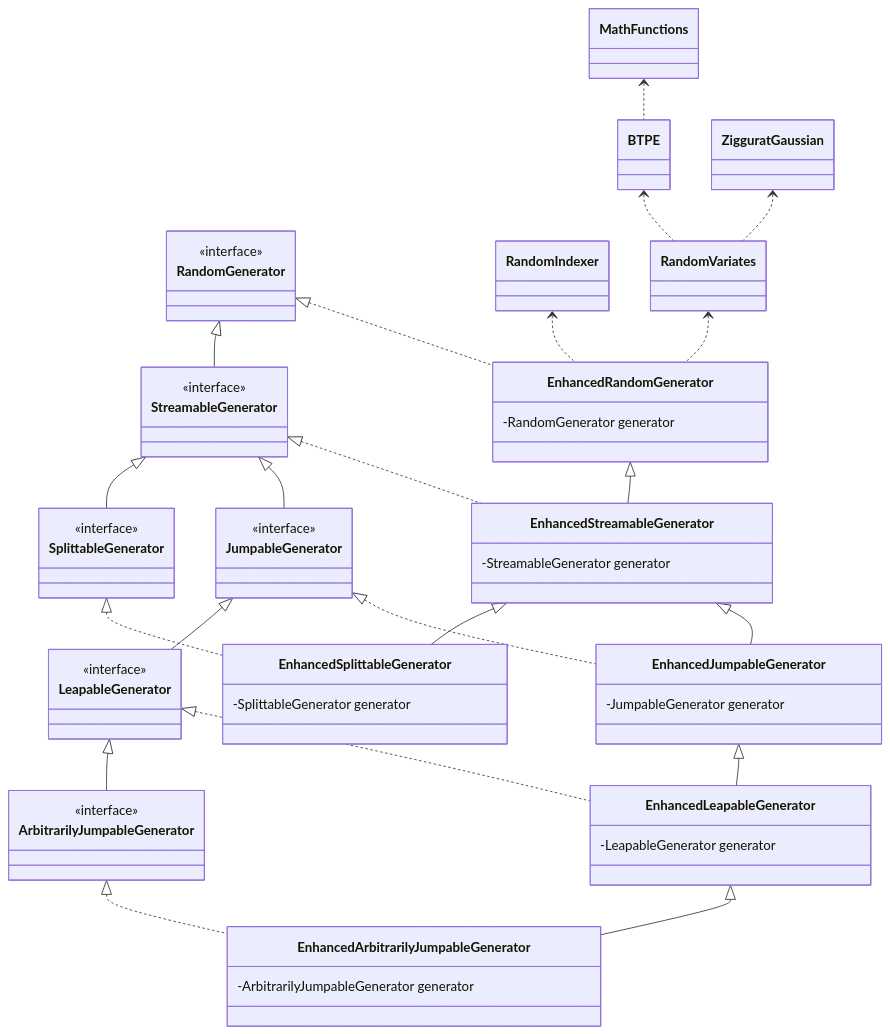
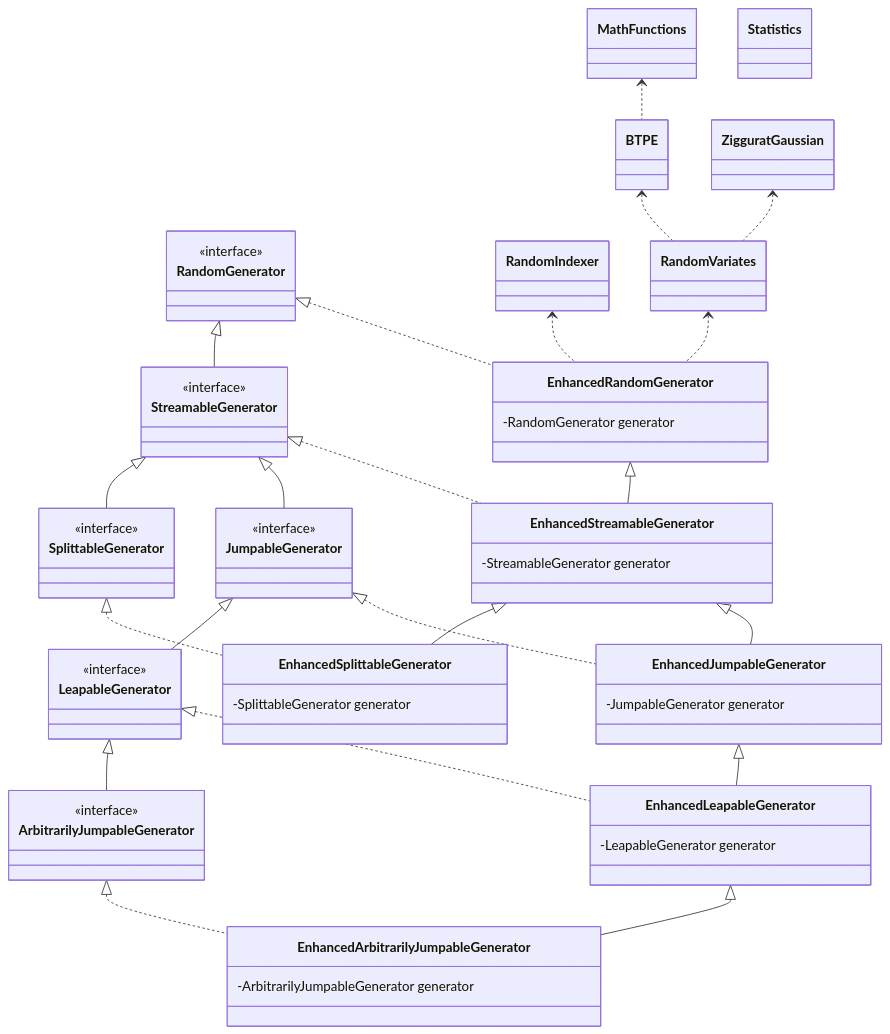
One commit to cicirello/rho-mu changed the diagram in README.md. Above: the diagram before and after it, drawn with Mermaid.

````diff
--- a/README.md
+++ b/README.md
@@ -46,70 +46,72 @@
 ```mermaid
 classDiagram
   class RandomGenerator
   <<interface>> RandomGenerator
   class StreamableGenerator
   <<interface>> StreamableGenerator
   RandomGenerator <|-- StreamableGenerator
   class SplittableGenerator
   <<interface>> SplittableGenerator
   StreamableGenerator <|-- SplittableGenerator
   class JumpableGenerator
   <<interface>> JumpableGenerator
   StreamableGenerator <|-- JumpableGenerator
   class LeapableGenerator
   <<interface>> LeapableGenerator
   JumpableGenerator <|-- LeapableGenerator
   class ArbitrarilyJumpableGenerator
   <<interface>> ArbitrarilyJumpableGenerator
   LeapableGenerator <|-- ArbitrarilyJumpableGenerator
   class EnhancedRandomGenerator
   RandomGenerator <|.. EnhancedRandomGenerator
   class RandomIndexer
   RandomIndexer <.. EnhancedRandomGenerator
   class RandomVariates
   RandomVariates <.. EnhancedRandomGenerator
   EnhancedRandomGenerator : -RandomGenerator generator
   class BTPE
   BTPE <.. RandomVariates
   class ZigguratGaussian
   ZigguratGaussian <.. RandomVariates
   class MathFunctions
   MathFunctions <.. BTPE
+  class Statistics
   class EnhancedStreamableGenerator
   EnhancedRandomGenerator <|-- EnhancedStreamableGenerator
   StreamableGenerator <|.. EnhancedStreamableGenerator
   EnhancedStreamableGenerator : -StreamableGenerator generator
   class EnhancedSplittableGenerator
   EnhancedStreamableGenerator <|-- EnhancedSplittableGenerator
   SplittableGenerator <|.. EnhancedSplittableGenerator
   EnhancedSplittableGenerator : -SplittableGenerator generator
   class EnhancedJumpableGenerator
   EnhancedStreamableGenerator <|-- EnhancedJumpableGenerator
   JumpableGenerator <|.. EnhancedJumpableGenerator
   EnhancedJumpableGenerator : -JumpableGenerator generator
   class EnhancedLeapableGenerator
   EnhancedJumpableGenerator <|-- EnhancedLeapableGenerator
   LeapableGenerator <|.. EnhancedLeapableGenerator
   EnhancedLeapableGenerator : -LeapableGenerator generator
   class EnhancedArbitrarilyJumpableGenerator
   EnhancedLeapableGenerator <|-- EnhancedArbitrarilyJumpableGenerator
   ArbitrarilyJumpableGenerator <|.. EnhancedArbitrarilyJumpableGenerator
   EnhancedArbitrarilyJumpableGenerator : -ArbitrarilyJumpableGenerator generator
   link RandomIndexer "https://rho-mu.cicirello.org/api/org.cicirello.rho_mu/org/cicirello/math/rand/RandomIndexer.html"
   link RandomVariates "https://rho-mu.cicirello.org/api/org.cicirello.rho_mu/org/cicirello/math/rand/RandomVariates.html"
   link EnhancedRandomGenerator "https://rho-mu.cicirello.org/api/org.cicirello.rho_mu/org/cicirello/math/rand/EnhancedRandomGenerator.html"
   link EnhancedStreamableGenerator "https://rho-mu.cicirello.org/api/org.cicirello.rho_mu/org/cicirello/math/rand/EnhancedStreamableGenerator.html"
   link EnhancedSplittableGenerator "https://rho-mu.cicirello.org/api/org.cicirello.rho_mu/org/cicirello/math/rand/EnhancedSplittableGenerator.html"
   link EnhancedJumpableGenerator "https://rho-mu.cicirello.org/api/org.cicirello.rho_mu/org/cicirello/math/rand/EnhancedJumpableGenerator.html"
   link EnhancedLeapableGenerator "https://rho-mu.cicirello.org/api/org.cicirello.rho_mu/org/cicirello/math/rand/EnhancedLeapableGenerator.html"
   link EnhancedArbitrarilyJumpableGenerator "https://rho-mu.cicirello.org/api/org.cicirello.rho_mu/org/cicirello/math/rand/EnhancedArbitrarilyJumpableGenerator.html"
   link RandomGenerator "https://docs.oracle.com/en/java/javase/17/docs/api/java.base/java/util/random/RandomGenerator.html"
   link StreamableGenerator "https://docs.oracle.com/en/java/javase/17/docs/api/java.base/java/util/random/RandomGenerator.StreamableGenerator.html"
   link SplittableGenerator "https://docs.oracle.com/en/java/javase/17/docs/api/java.base/java/util/random/RandomGenerator.SplittableGenerator.html"
   link JumpableGenerator "https://docs.oracle.com/en/java/javase/17/docs/api/java.base/java/util/random/RandomGenerator.JumpableGenerator.html"
   link LeapableGenerator "https://docs.oracle.com/en/java/javase/17/docs/api/java.base/java/util/random/RandomGenerator.LeapableGenerator.html"
   link ArbitrarilyJumpableGenerator "https://docs.oracle.com/en/java/javase/17/docs/api/java.base/java/util/random/RandomGenerator.ArbitrarilyJumpableGenerator.html"
   link ZigguratGaussian "https://rho-mu.cicirello.org/api/org.cicirello.rho_mu/org/cicirello/math/rand/ZigguratGaussian.html"
   link BTPE "https://github.com/cicirello/rho-mu/blob/main/src/main/java/org/cicirello/math/rand/BTPE.java"
   link MathFunctions "https://rho-mu.cicirello.org/api/org.cicirello.rho_mu/org/cicirello/math/MathFunctions.html"
+  link Statistics "https://rho-mu.cicirello.org/api/org.cicirello.rho_mu/org/cicirello/math/stats/Statistics.html"
 ```
````
